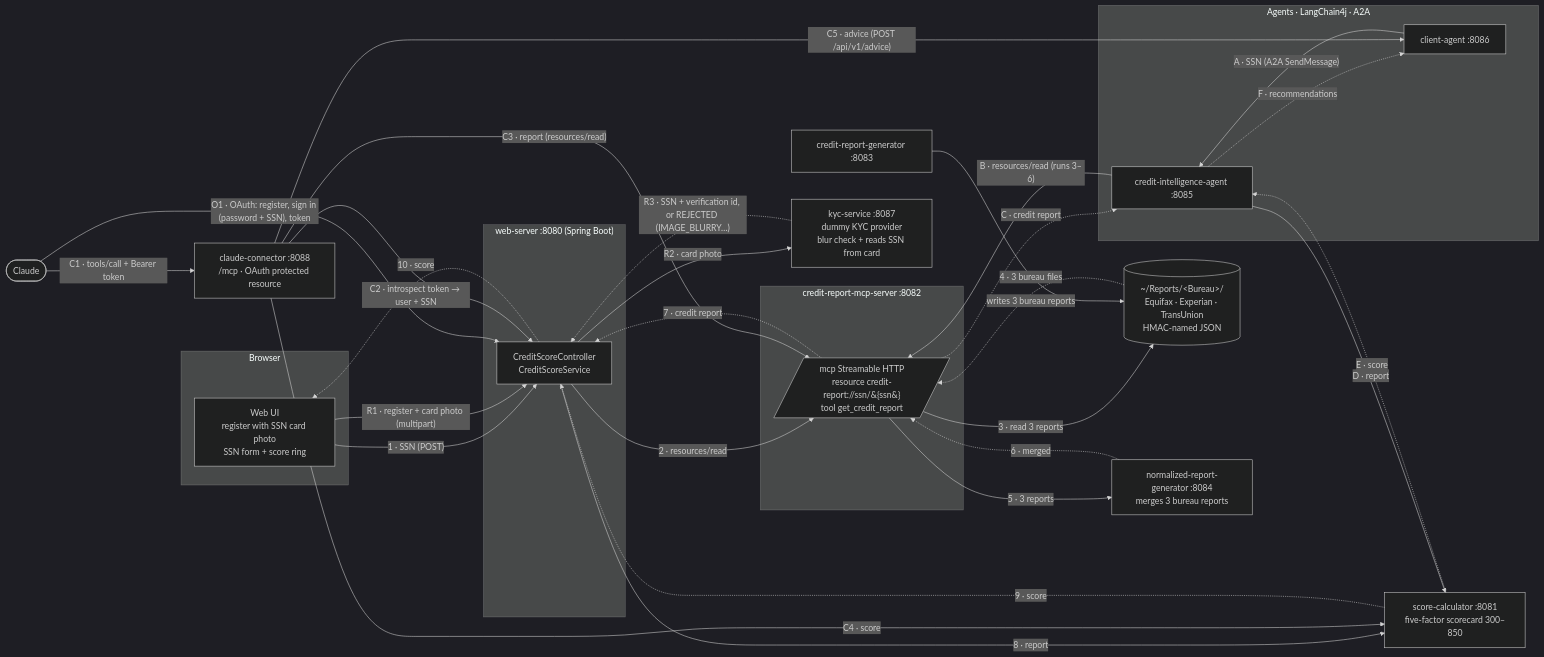
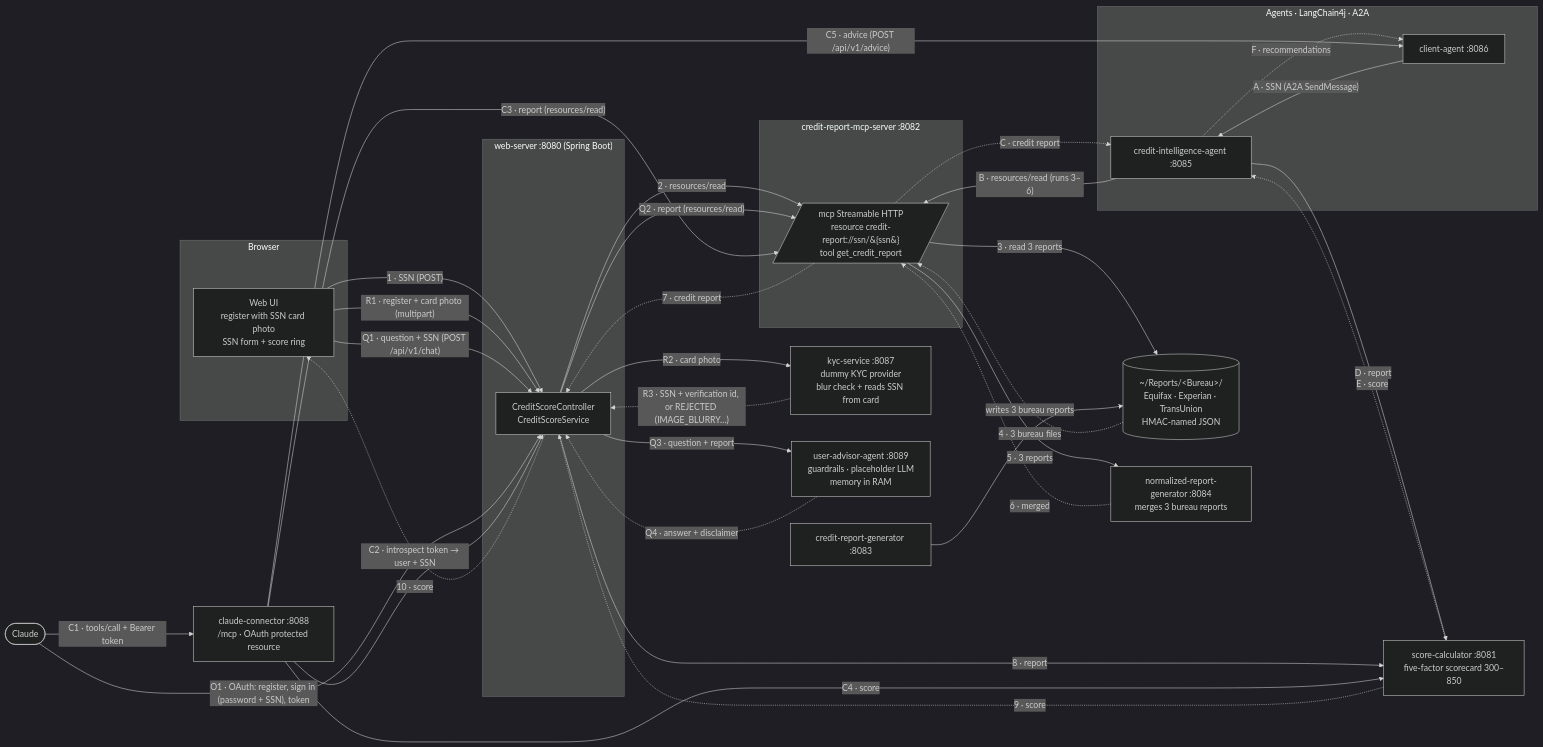
Before and after one commit to manojkhanwalkar/creditagent: the first of 4 diagrams in docs/architecture.md, drawn with Mermaid (dark theme). The commit also changed other lines of this file and 60 other files, not shown here.

First line of the commit message:
Add the ChatBot: User Advisor Agent with guardrails and per-user memory (#17)

````diff
--- a/docs/architecture.md
+++ b/docs/architecture.md
@@ -5,50 +5,55 @@
 ```mermaid
 flowchart LR
     subgraph Browser
         UI[Web UI<br/>register with SSN card photo<br/>SSN form + score ring]
     end
     subgraph Web["web-server :8080 (Spring Boot)"]
         WS[CreditScoreController<br/>CreditScoreService]
     end
     subgraph MCP["credit-report-mcp-server :8082"]
         M[/mcp Streamable HTTP<br/>resource credit-report://ssn/&#123;ssn&#125;<br/>tool get_credit_report/]
     end
     FS[(~/Reports/&lt;Bureau&gt;/<br/>Equifax · Experian · TransUnion<br/>HMAC-named JSON)]
     NRG[normalized-report-generator :8084<br/>merges 3 bureau reports]
     GEN[credit-report-generator :8083]
     SC[score-calculator :8081<br/>five-factor scorecard 300–850]
     KYC[kyc-service :8087<br/>dummy KYC provider<br/>blur check + reads SSN from card]
     subgraph Agents["Agents · LangChain4j · A2A"]
         CA[client-agent :8086]
         CIA[credit-intelligence-agent :8085]
     end
+    UAA[user-advisor-agent :8089<br/>guardrails · placeholder LLM<br/>memory in RAM]
     CL([Claude])
     CC[claude-connector :8088<br/>/mcp · OAuth protected resource]
 
     UI -- "1 · SSN (POST)" --> WS
     WS -- "2 · resources/read" --> M
     M -- "3 · read 3 reports" --> FS
     FS -. "4 · 3 bureau files" .-> M
     M -- "5 · 3 reports" --> NRG
     NRG -. "6 · merged" .-> M
     M -. "7 · credit report" .-> WS
     WS -- "8 · report" --> SC
     SC -. "9 · score" .-> WS
     WS -. "10 · score" .-> UI
     GEN -- "writes 3 bureau reports" --> FS
     UI -- "R1 · register + card photo (multipart)" --> WS
     WS -- "R2 · card photo" --> KYC
     KYC -. "R3 · SSN + verification id, or REJECTED (IMAGE_BLURRY…)" .-> WS
     CA -- "A · SSN (A2A SendMessage)" --> CIA
     CIA -- "B · resources/read (runs 3–6)" --> M
     M -. "C · credit report" .-> CIA
     CIA -- "D · report" --> SC
     SC -. "E · score" .-> CIA
     CIA -. "F · recommendations" .-> CA
+    UI -- "Q1 · question + SSN (POST /api/v1/chat)" --> WS
+    WS -- "Q2 · report (resources/read)" --> M
+    WS -- "Q3 · question + report" --> UAA
+    UAA -. "Q4 · answer + disclaimer" .-> WS
     CL -- "O1 · OAuth: register, sign in (password + SSN), token" --> WS
     CL -- "C1 · tools/call + Bearer token" --> CC
     CC -- "C2 · introspect token → user + SSN" --> WS
     CC -- "C3 · report (resources/read)" --> M
     CC -- "C4 · score" --> SC
     CC -- "C5 · advice (POST /api/v1/advice)" --> CA
 ```
````
